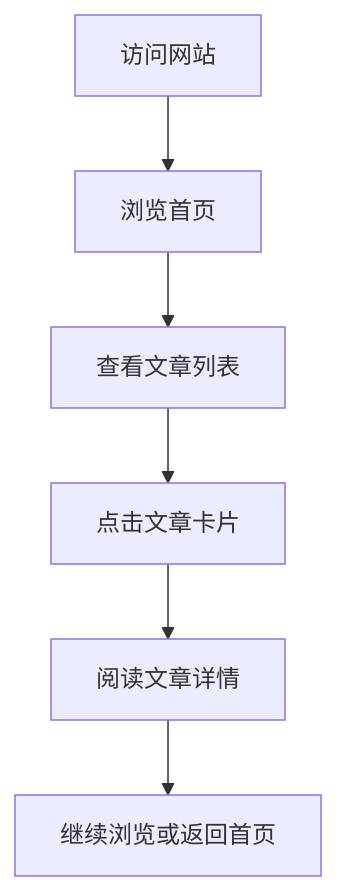
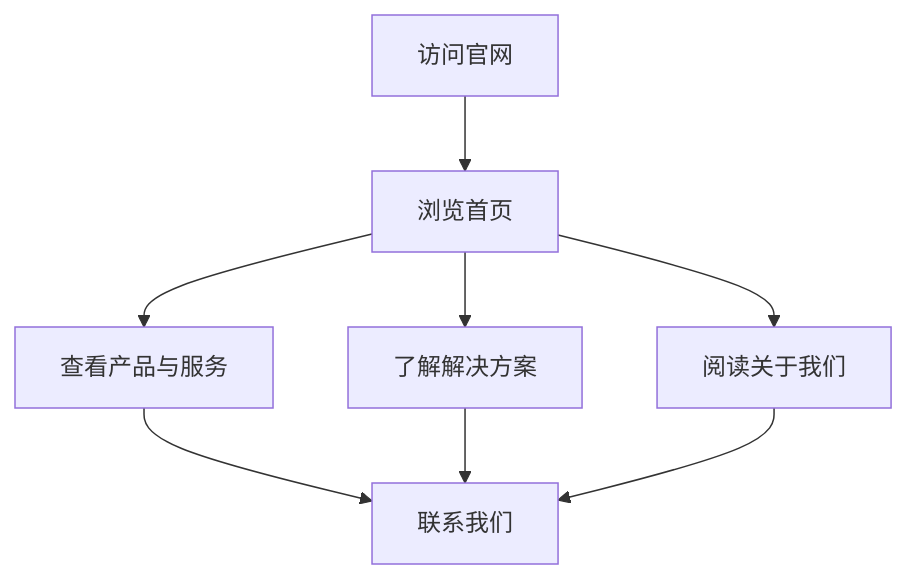
One commit to JokerHouPro/JokerHou-Blog changed the diagram in .trae/documents/prd.md. Above: the diagram before and after it, drawn with Mermaid. The commit also changed other lines of this file and 10 other files, not shown here.

````diff
--- a/.trae/documents/prd.md
+++ b/.trae/documents/prd.md
@@ -24,8 +35,10 @@
 ```mermaid
 flowchart TD
-    A[访问网站] --> B[浏览首页]
-    B --> C[查看文章列表]
-    C --> D[点击文章卡片]
-    D --> E[阅读文章详情]
-    E --> F[继续浏览或返回首页]
+    A[访问官网] --> B[浏览首页]
+    B --> C[查看产品与服务]
+    B --> D[了解解决方案]
+    B --> E[阅读关于我们]
+    C --> F[联系我们]
+    D --> F
+    E --> F
 ```
````
